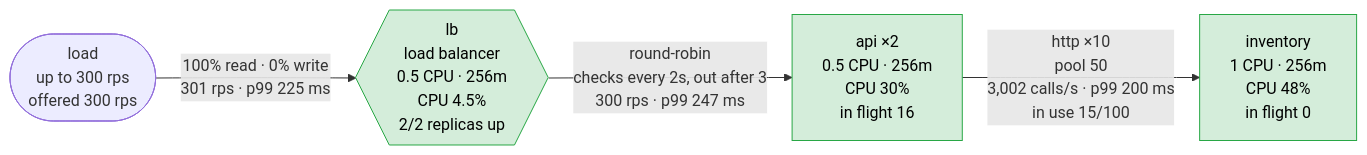
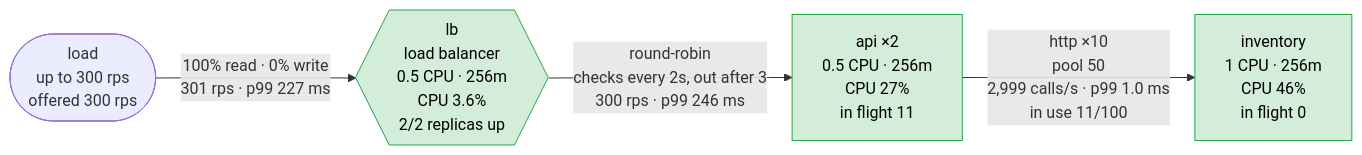
One commit to akinfemi/load-lore changed the first of 5 diagrams in scenarios/flaky-network/solutions/timeout-for-the-tail/report.md. Above: the diagram before and after it, drawn with Mermaid. The commit also changed other lines of this file and 71 other files, not shown here.

````diff
--- a/scenarios/flaky-network/solutions/timeout-for-the-tail/report.md
+++ b/scenarios/flaky-network/solutions/timeout-for-the-tail/report.md
@@ -15,14 +15,14 @@
 ```mermaid
 flowchart LR
     load(["load<br/>up to 300 rps<br/>offered 300 rps"])
-    lb{{"lb<br/>load balancer<br/>0.5 CPU · 256m<br/>CPU 4.5%<br/>2/2 replicas up"}}
-    api["api ×2<br/>0.5 CPU · 256m<br/>CPU 30%<br/>in flight 16"]
-    inventory["inventory<br/>1 CPU · 256m<br/>CPU 48%<br/>in flight 0"]
-    load -->|"100% read · 0% write<br/>301 rps · p99 225 ms"| lb
-    lb -->|"round-robin<br/>checks every 2s, out after 3<br/>300 rps · p99 247 ms"| api
-    api -->|"http ×10<br/>pool 50<br/>3,002 calls/s · p99 200 ms<br/>in use 15/100"| inventory
+    lb{{"lb<br/>load balancer<br/>0.5 CPU · 256m<br/>CPU 3.6%<br/>2/2 replicas up"}}
+    api["api ×2<br/>0.5 CPU · 256m<br/>CPU 27%<br/>in flight 11"]
+    inventory["inventory<br/>1 CPU · 256m<br/>CPU 46%<br/>in flight 0"]
+    load -->|"100% read · 0% write<br/>301 rps · p99 227 ms"| lb
+    lb -->|"round-robin<br/>checks every 2s, out after 3<br/>300 rps · p99 246 ms"| api
+    api -->|"http ×10<br/>pool 50<br/>2,999 calls/s · p99 1.0 ms<br/>in use 11/100"| inventory
     classDef ok fill:#d4edda,stroke:#28a745,color:#000
     classDef warm fill:#fff3cd,stroke:#d39e00,color:#000
     classDef hot fill:#f8d7da,stroke:#dc3545,color:#000
     class lb,api,inventory ok
 ```
````
